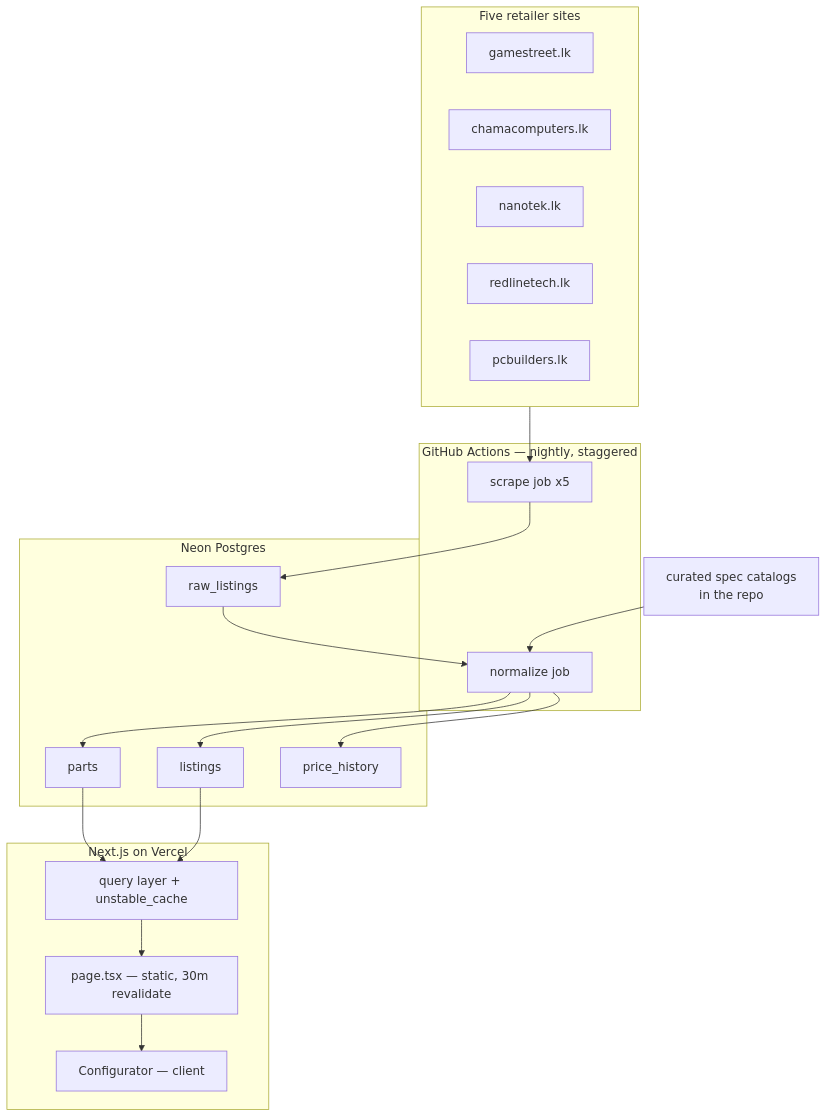
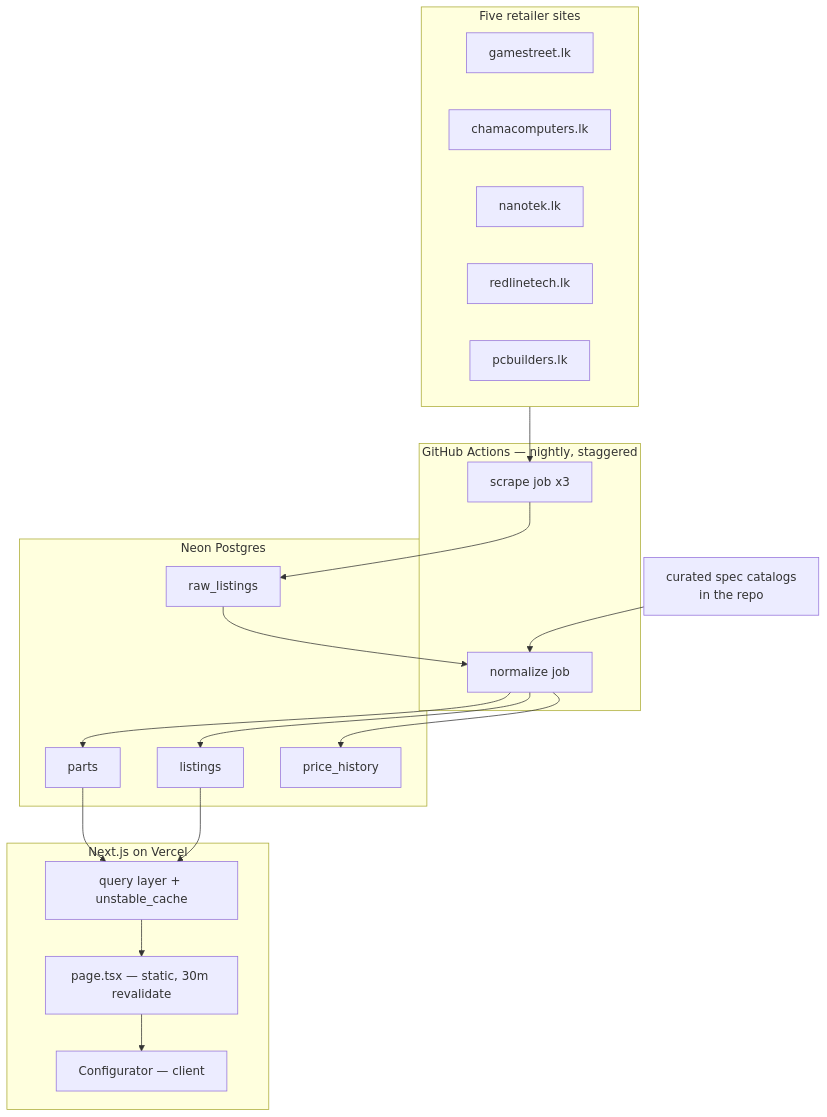
Before and after one commit to ShehanEk/sl-pc-part-picker: the diagram in docs/architecture.md, drawn with Mermaid. The commit also changed other lines of this file and 17 other files, not shown here.

````diff
--- a/docs/architecture.md
+++ b/docs/architecture.md
@@ -25,40 +25,40 @@
 ```mermaid
 flowchart TB
   subgraph shops["Five retailer sites"]
     S1["gamestreet.lk"]
     S2["chamacomputers.lk"]
     S3["nanotek.lk"]
     S4["redlinetech.lk"]
     S5["pcbuilders.lk"]
   end
 
   subgraph ci["GitHub Actions — nightly, staggered"]
-    SC["scrape job x5"]
+    SC["scrape job x3"]
     NO["normalize job"]
   end
 
   subgraph db["Neon Postgres"]
     RAW["raw_listings"]
     P["parts"]
     L["listings"]
     H["price_history"]
   end
 
   subgraph app["Next.js on Vercel"]
     Q["query layer + unstable_cache"]
     PAGE["page.tsx — static, 30m revalidate"]
     CFG["Configurator — client"]
   end
 
   CAT["curated spec catalogs<br/>in the repo"]
 
   shops --> SC --> RAW
   RAW --> NO
   NO --> P
   NO --> L
   NO --> H
   CAT --> NO
   P --> Q
   L --> Q
   Q --> PAGE --> CFG
 ```
````
